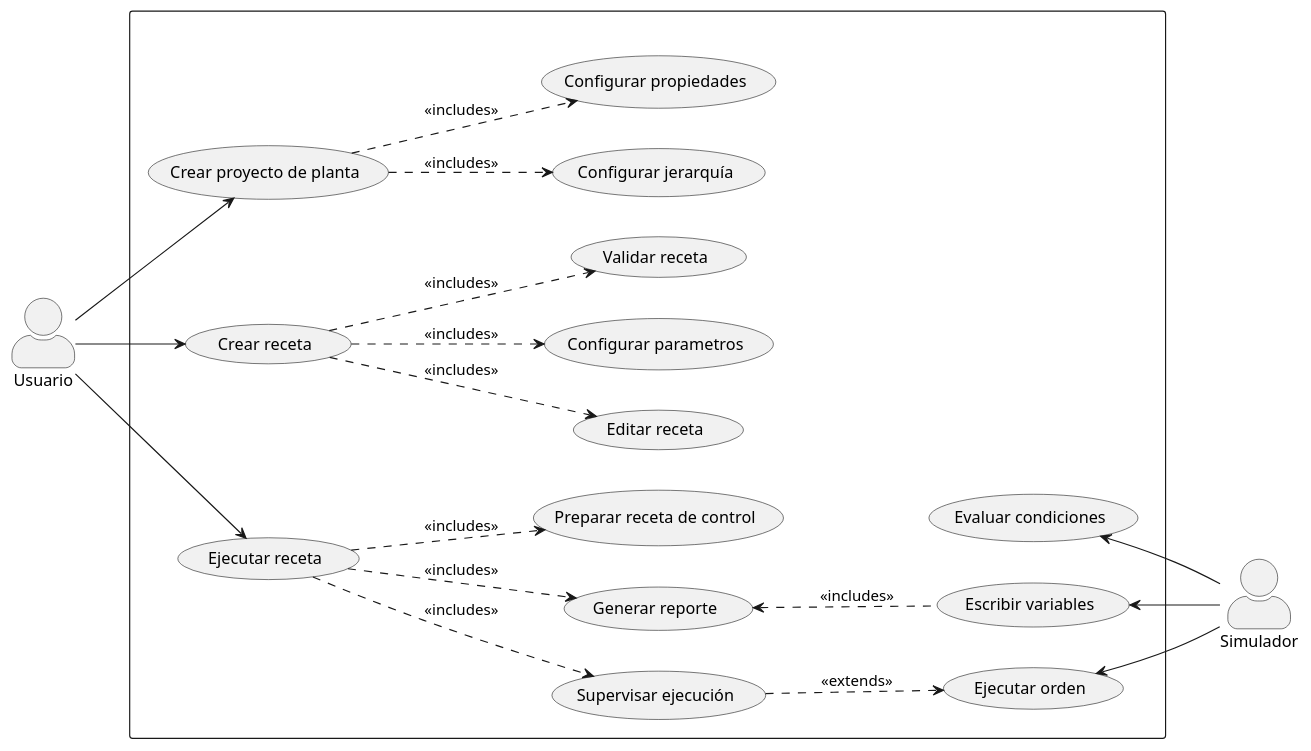
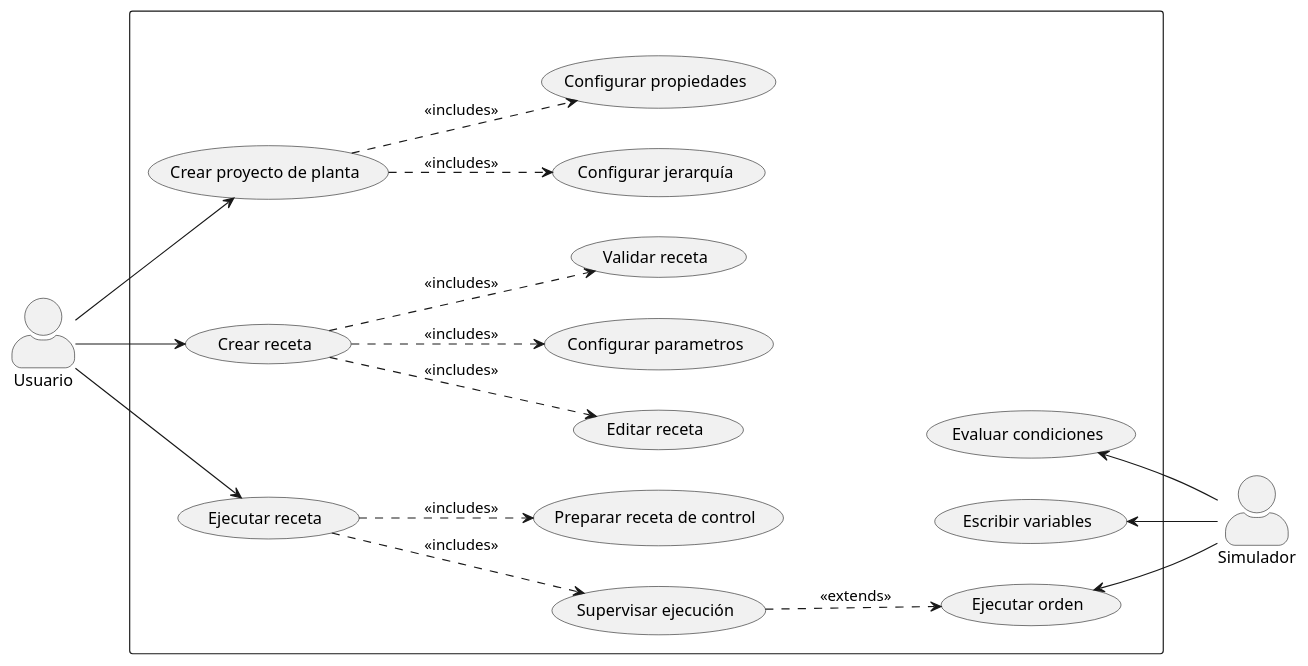
Before and after one commit to Dandrvms/diagramas-y-referencias: the diagram in casos-de-uso.puml, drawn with PlantUML.

Commit message:
Remove 'Generar reporte' use case and related links

```diff
--- a/casos-de-uso.puml
+++ b/casos-de-uso.puml
@@ -1,73 +1,73 @@
 @startuml
 ' Fuerza la dirección de izquierda a derecha
 left to right direction
 skinparam actorStyle awesome
 
 ' Definición de Actores
 actor "Usuario" as user
 actor "Simulador" as sim
 
 ' Cuadro que representa el entorno de la aplicación
 rectangle " " {
     
     ' --- CASOS DE USO DEL USUARIO (Izquierda) ---
     usecase "Crear proyecto de planta" as proj
     usecase "Crear receta" as recipe
     usecase "Ejecutar receta" as exec
 
     ' Sub-casos del usuario (Centro)
     usecase "Configurar jerarquía" as confproj
     usecase "Configurar propiedades" as props
     usecase "Editar receta" as edit
 
     usecase "Configurar parametros" as params
     usecase "Validar receta" as validate
 
     usecase "Preparar receta de control" as control
     usecase "Supervisar ejecución" as monitor
-    usecase "Generar reporte" as report
+
     
     ' --- CASOS DE USO DEL SIMULADOR (Derecha) ---
     together {
         usecase "Evaluar condiciones" as eval
         usecase "Escribir variables" as write
         usecase "Ejecutar orden" as command
     }
     
     ' --- FORZAR LA DISPOSICIÓN (Layout) ---
     ' En "left to right", un enlace oculto hacia abajo = una columna más a la derecha
-    report -[hidden]-> write
+
     monitor -[hidden]-> command
     control -[hidden]-> eval
 
     ' --- Dependencias entre Casos de Uso ---
     proj ..> confproj : <<includes>>
     proj ..> props : <<includes>>
 
     recipe ..> edit : <<includes>>
 
     recipe ..> params : <<includes>>
     recipe ..> validate : <<includes>>
 
 
     exec ..> control : <<includes>>
     exec ..> monitor : <<includes>>
-    exec ..> report : <<includes>>
+
     
     ' Dependencias del Simulador (apuntando hacia la izquierda)
     ' ".up." en este modo = flecha hacia la izquierda, así el origen queda a la derecha
-    write .up.> report : <<includes>>
+
     command <.up. monitor : <<extends>>
 }
 
 ' --- Conexiones del Usuario (Izquierda -> Derecha) ---
 user --> proj
 user --> recipe
 user --> exec
 
 ' --- Conexiones del Simulador (Derecha -> Izquierda) ---
 eval <-- sim
 write <-- sim
 command <-- sim
 
 @enduml
```
